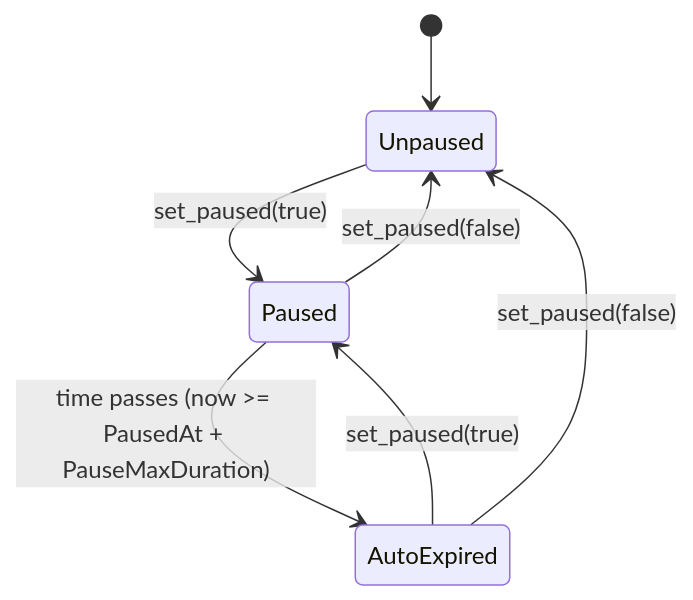
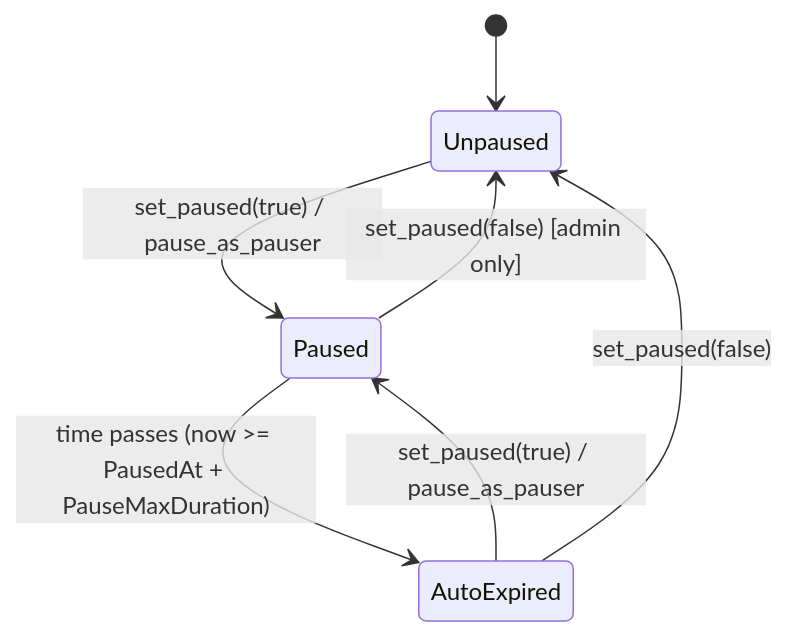
One commit to Liquifact/Liquifact-contracts changed the diagram in docs/pauser-states.md. Above: the diagram before and after it, drawn with Mermaid. The commit also changed other lines of this file and 6 other files, not shown here.

````diff
--- a/docs/pauser-states.md
+++ b/docs/pauser-states.md
@@ -7,12 +9,12 @@
 ```mermaid
 stateDiagram-v2
     [*] --> Unpaused
 
-    Unpaused --> Paused : set_paused(true)
-    Paused --> Unpaused : set_paused(false)
+    Unpaused --> Paused : set_paused(true) / pause_as_pauser
+    Paused --> Unpaused : set_paused(false) [admin only]
     
     %% Auto-expiry transitions
     Paused --> AutoExpired : time passes (now >= PausedAt + PauseMaxDuration)
-    AutoExpired --> Paused : set_paused(true)
+    AutoExpired --> Paused : set_paused(true) / pause_as_pauser
     AutoExpired --> Unpaused : set_paused(false)
 ```
````
